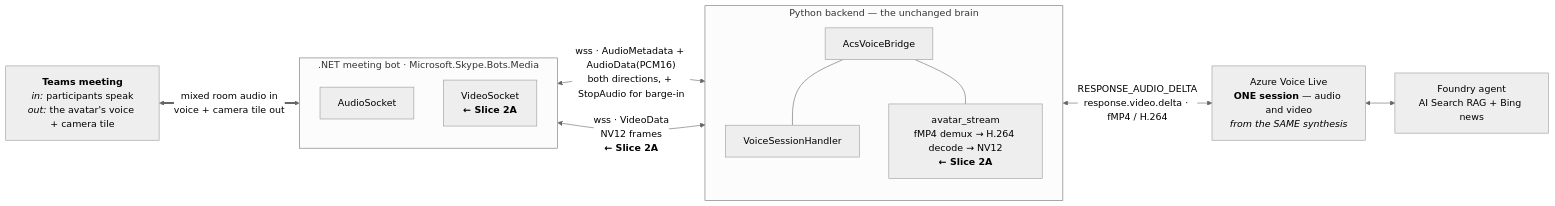
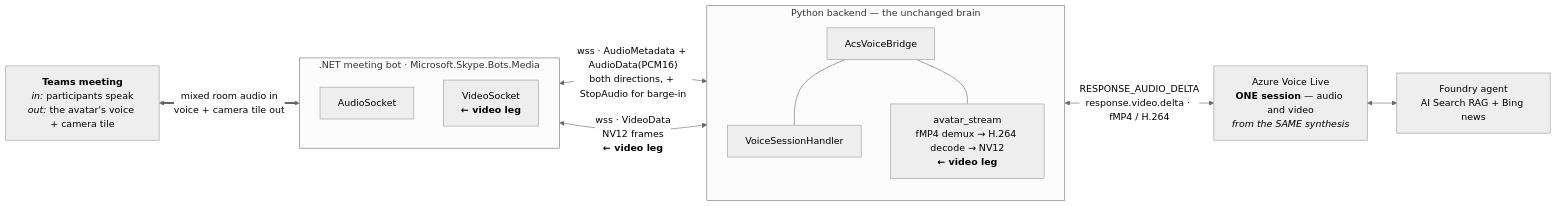
One commit to SridharArrabelly/avatar-forge changed the diagram in docs/channels/d-design-avatar-video.md. Above: the diagram before and after it, drawn with Mermaid (neutral theme). The commit also changed other lines of this file and 47 other files, not shown here.

````diff
--- a/docs/channels/d-design-avatar-video.md
+++ b/docs/channels/d-design-avatar-video.md
@@ -56,28 +56,28 @@
 ```mermaid
 flowchart LR
     MT["<b>Teams meeting</b><br/><i>in:</i> participants speak<br/><i>out:</i> the avatar's voice + camera tile"]
 
     subgraph NET[".NET meeting bot · Microsoft.Skype.Bots.Media"]
         direction TB
         AS["AudioSocket"]
-        VS["VideoSocket<br/><b>← Slice 2A</b>"]
+        VS["VideoSocket<br/><b>← video leg</b>"]
     end
 
     subgraph PY["Python backend — the unchanged brain"]
         direction TB
         BR["AcsVoiceBridge"]
         VH["VoiceSessionHandler"]
-        DEC["avatar_stream<br/>fMP4 demux → H.264 decode → NV12<br/><b>← Slice 2A</b>"]
+        DEC["avatar_stream<br/>fMP4 demux → H.264 decode → NV12<br/><b>← video leg</b>"]
         BR --- VH
         BR --- DEC
     end
 
     VL["Azure Voice Live<br/><b>ONE session</b> — audio and video<br/><i>from the SAME synthesis</i>"]
     FA["Foundry agent<br/>AI Search RAG + Bing news"]
 
     MT <== "mixed room audio in<br/>voice + camera tile out" ==> NET
     AS <-- "wss · AudioMetadata + AudioData(PCM16)<br/>both directions, + StopAudio for barge-in" --> BR
-    VS <-- "wss · VideoData<br/>NV12 frames<br/><b>← Slice 2A</b>" --> DEC
+    VS <-- "wss · VideoData<br/>NV12 frames<br/><b>← video leg</b>" --> DEC
     VH <-- "RESPONSE_AUDIO_DELTA<br/>response.video.delta · fMP4 / H.264" --> VL
     VL <--> FA
 ```
````
